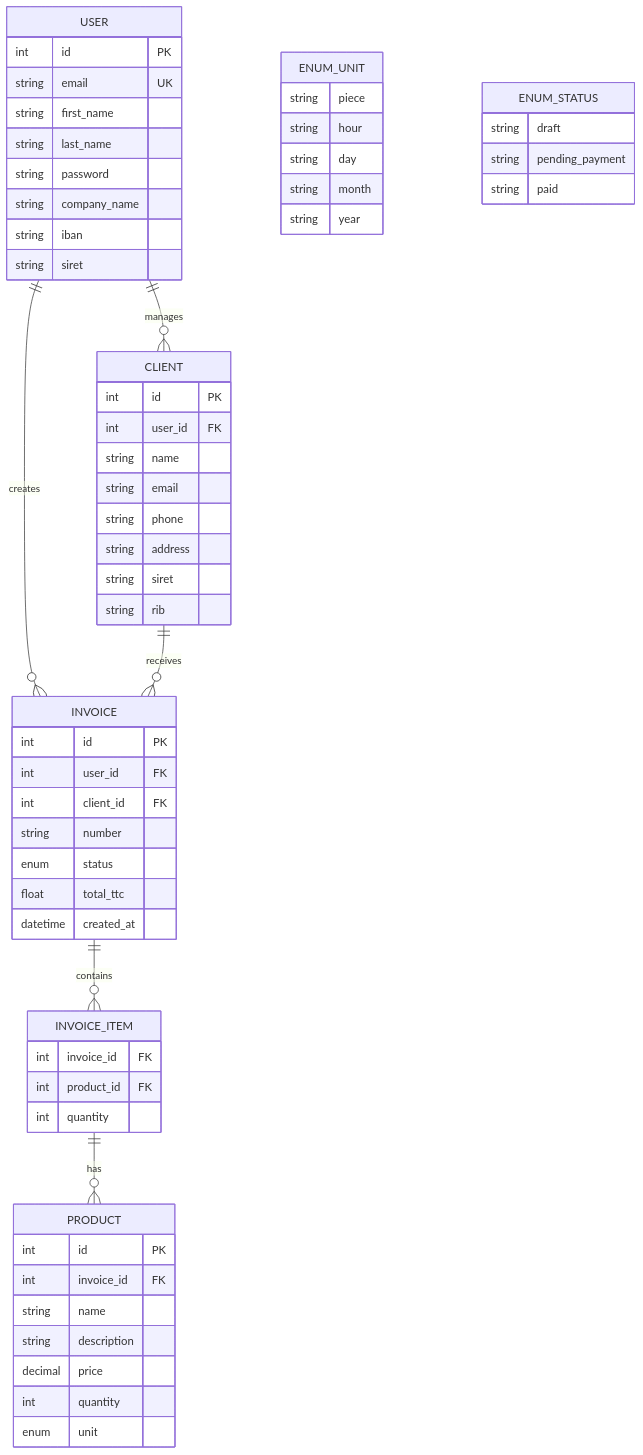
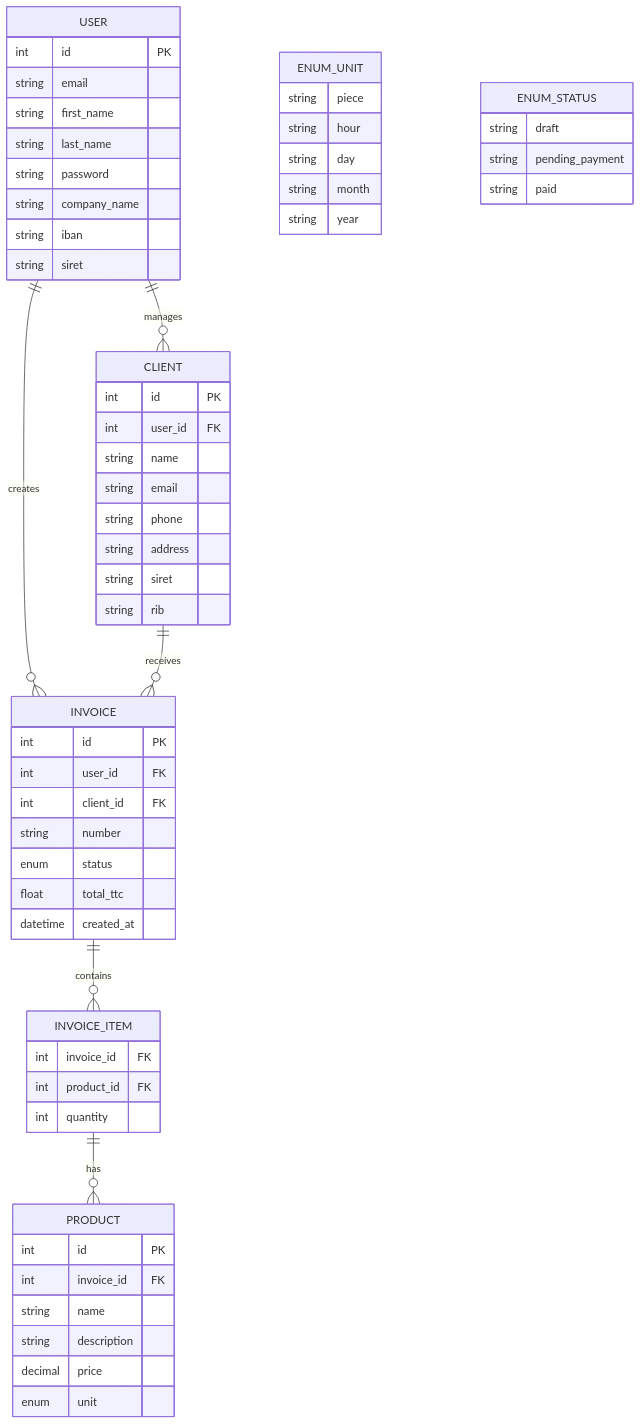
The diagram in Phase 3 - Symfony Docker et Test/Symfony/Projets/2. SaaSFacturation/Cahier des charges.md (CHAOUCHI/cdpi-dwwm), drawn with Mermaid before and after one commit. The commit also changed other lines of this file, not shown here.

Commit message:
update er diagram

````diff
--- a/Phase 3 - Symfony Docker et Test/Symfony/Projets/2. SaaSFacturation/Cahier des charges.md
+++ b/Phase 3 - Symfony Docker et Test/Symfony/Projets/2. SaaSFacturation/Cahier des charges.md
@@ -139,66 +146,65 @@
 ```mermaid
 erDiagram
 USER ||--o{ INVOICE : creates
 USER ||--o{ CLIENT : manages
 CLIENT ||--o{ INVOICE : receives
 INVOICE ||--o{ INVOICE_ITEM : contains
 INVOICE_ITEM ||--o{ PRODUCT : has
 
 INVOICE {
     int id PK
     int user_id FK
     int client_id FK
-    string number
+    string number 
     enum status
     float total_ttc
     datetime created_at
 }
 INVOICE_ITEM {
     int invoice_id FK
     int product_id FK
     int quantity
 }
 USER {
     int id PK
-    string email UK
+    string email 
     string first_name
     string last_name
     string password
     string company_name
     string iban
     string siret
 }
 CLIENT {
     int id PK
     int user_id FK
     string name
     string email
     string phone
     string address
     string siret
     string rib
 }
 PRODUCT {
     int id PK
     int invoice_id FK
     string name
     string description
     decimal price
-    int quantity
     enum unit 
 }
 
 ENUM_UNIT {
     string piece
     string hour
     string day
     string month
     string year
 }
 
 ENUM_STATUS {
     string draft
     string pending_payment
     string paid
 }
 ```
````
